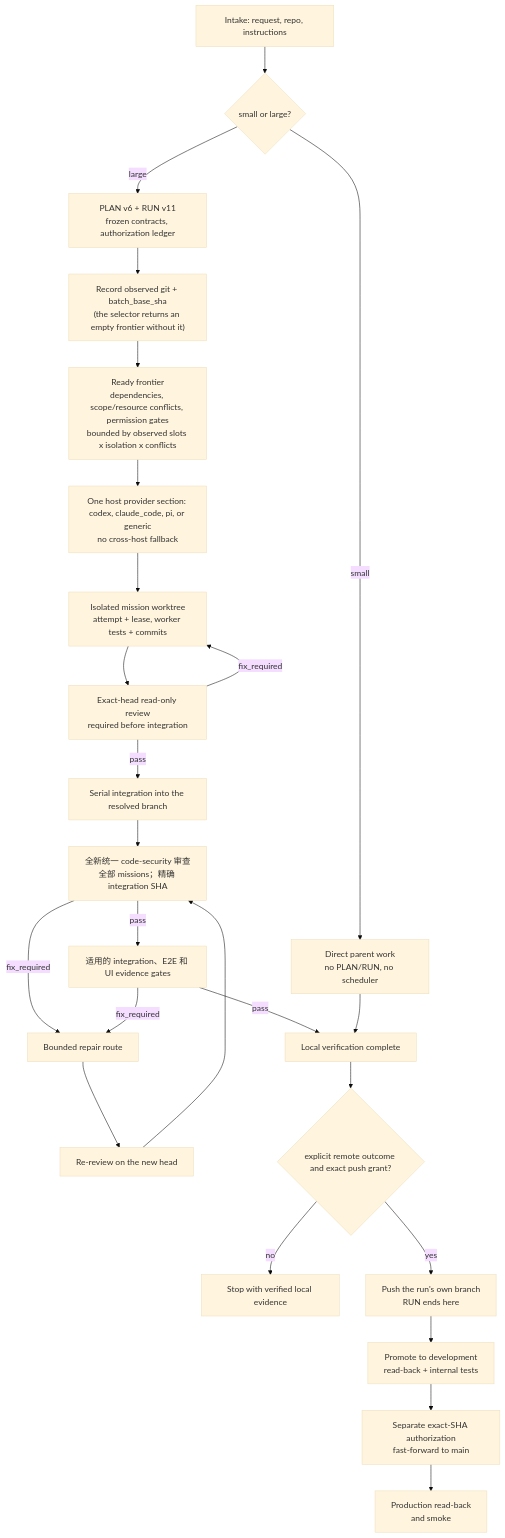
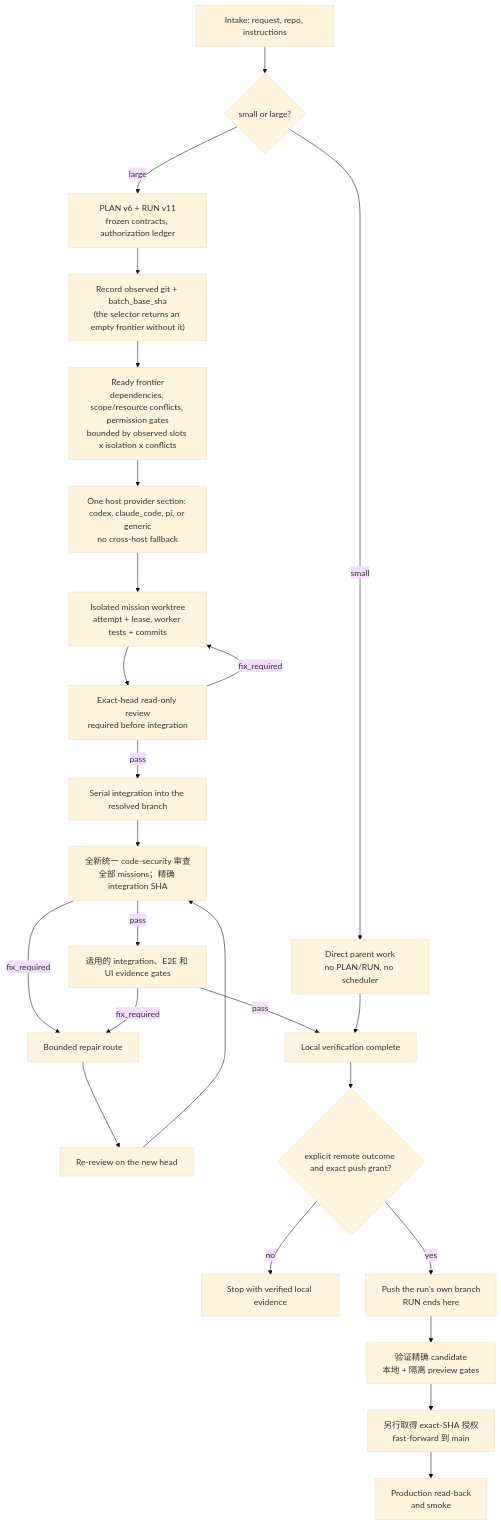
The third of 3 diagrams in README.zh-CN.md (Phlegonlabs/product-delivery-harness), drawn with Mermaid (base theme) before and after one commit. The commit also changed other lines of this file and 46 other files, not shown here.

````diff
--- a/README.zh-CN.md
+++ b/README.zh-CN.md
@@ -241,27 +241,27 @@
 ```mermaid
 flowchart TB
   Intake["Intake: request, repo, instructions"] --> Size{"small or large?"}
   Size -->|small| Direct["Direct parent work<br/>no PLAN/RUN, no scheduler"]
   Size -->|large| Plan["PLAN v6 + RUN v11<br/>frozen contracts, authorization ledger"]
   Plan --> Observe["Record observed git + batch_base_sha<br/>(the selector returns an empty frontier without it)"]
   Observe --> Frontier["Ready frontier<br/>dependencies, scope/resource conflicts, permission gates<br/>bounded by observed slots x isolation x conflicts"]
   Frontier --> Host["One host provider section: codex, claude_code, pi, or generic<br/>no cross-host fallback"]
   Host --> Work["Isolated mission worktree<br/>attempt + lease, worker tests + commits"]
   Work --> Review["Exact-head read-only review<br/>required before integration"]
   Review -->|pass| Integrate["Serial integration into the resolved branch"]
   Review -->|fix_required| Work
   Integrate --> Security["全新统一 code-security 审查<br/>全部 missions；精确 integration SHA"]
   Security -->|pass| Gates["适用的 integration、E2E 和 UI evidence gates"]
   Security -->|fix_required| Repair["Bounded repair route"]
   Gates -->|fix_required| Repair
   Repair --> Rereview["Re-review on the new head"]
   Rereview --> Security
   Gates -->|pass| Local["Local verification complete"]
   Direct --> Local
   Local --> Remote{"explicit remote outcome and exact push grant?"}
   Remote -->|no| Done["Stop with verified local evidence"]
   Remote -->|yes| Push["Push the run's own branch<br/>RUN ends here"]
-  Push --> Dev["Promote to development<br/>read-back + internal tests"]
-  Dev --> Main["Separate exact-SHA authorization<br/>fast-forward to main"]
+  Push --> Candidate["验证精确 candidate<br/>本地 + 隔离 preview gates"]
+  Candidate --> Main["另行取得 exact-SHA 授权<br/>fast-forward 到 main"]
   Main --> Prod["Production read-back<br/>and smoke"]
 ```
````
